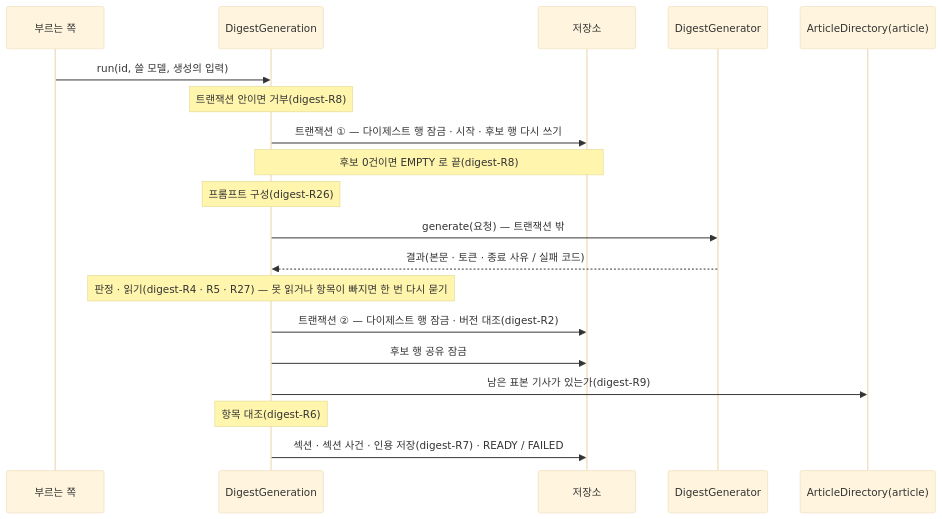
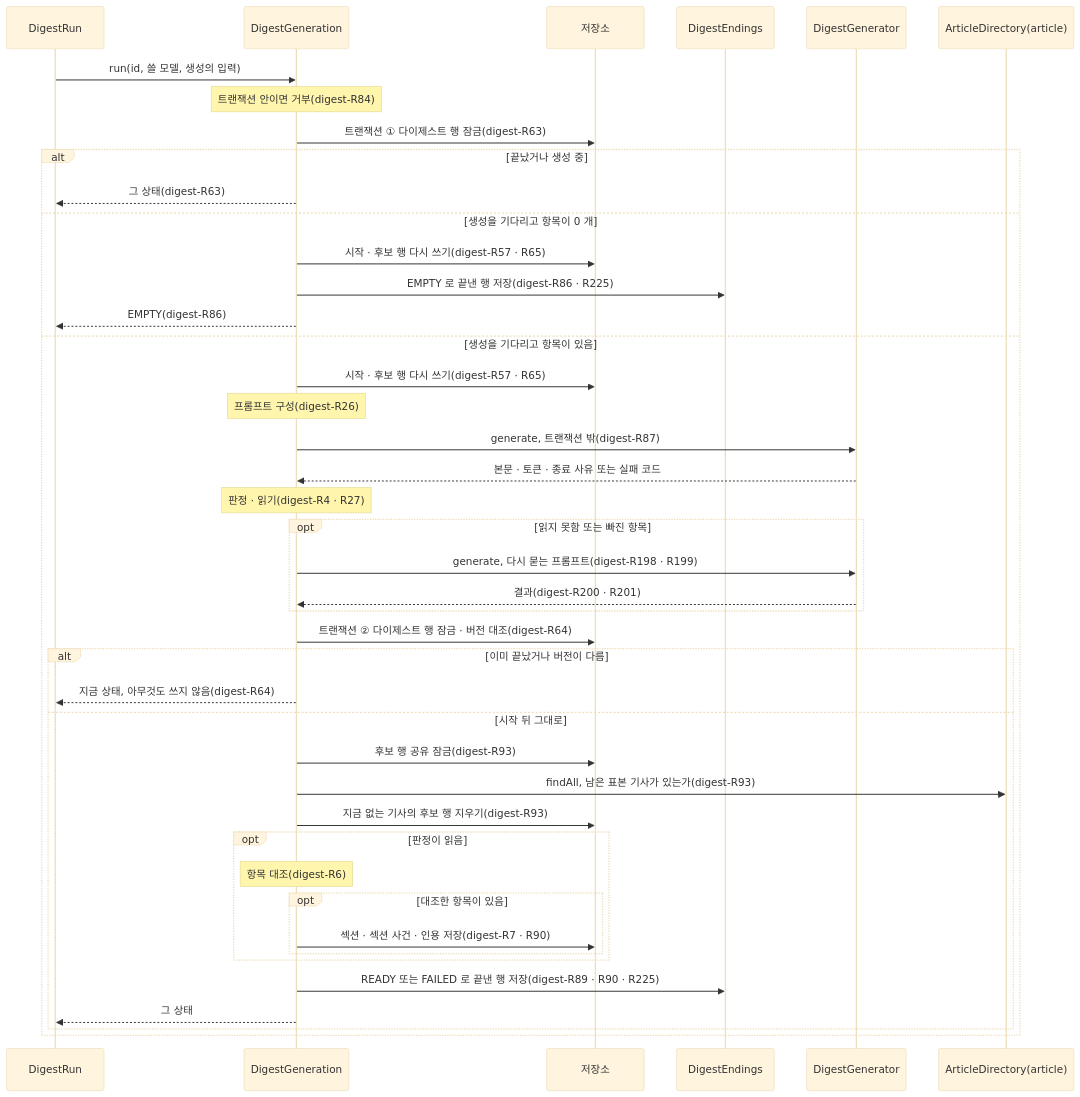
One commit to Theia0382/yozm-news changed the first of 8 diagrams in docs/specs/digest.md. Above: the diagram before and after it, drawn with Mermaid (base theme). The commit also changed other lines of this file and 3 other files, not shown here.

````diff
--- a/docs/specs/digest.md
+++ b/docs/specs/digest.md
@@ -331,21 +392,45 @@
 ```mermaid
 sequenceDiagram
-    participant U as 부르는 쪽
+    participant R as DigestRun
     participant G as DigestGeneration
     participant DB as 저장소
+    participant E as DigestEndings
     participant X as DigestGenerator
     participant A as ArticleDirectory(article)
-    U->>G: run(id, 쓸 모델, 생성의 입력)
-    Note over G: 트랜잭션 안이면 거부(digest-R8)
-    G->>DB: 트랜잭션 ① — 다이제스트 행 잠금 · 시작 · 후보 행 다시 쓰기
-    Note over G,DB: 후보 0건이면 EMPTY 로 끝(digest-R8)
-    Note over G: 프롬프트 구성(digest-R26)
-    G->>X: generate(요청) — 트랜잭션 밖
-    X-->>G: 결과(본문 · 토큰 · 종료 사유 / 실패 코드)
-    Note over G: 판정 · 읽기(digest-R4 · R5 · R27) — 못 읽거나 항목이 빠지면 한 번 다시 묻기
-    G->>DB: 트랜잭션 ② — 다이제스트 행 잠금 · 버전 대조(digest-R2)
-    G->>DB: 후보 행 공유 잠금
-    G->>A: 남은 표본 기사가 있는가(digest-R9)
-    Note over G: 항목 대조(digest-R6)
-    G->>DB: 섹션 · 섹션 사건 · 인용 저장(digest-R7) · READY / FAILED
+    R->>G: run(id, 쓸 모델, 생성의 입력)
+    Note over G: 트랜잭션 안이면 거부(digest-R84)
+    G->>DB: 트랜잭션 ① 다이제스트 행 잠금(digest-R63)
+    alt 끝났거나 생성 중
+        G-->>R: 그 상태(digest-R63)
+    else 생성을 기다리고 항목이 0 개
+        G->>DB: 시작 · 후보 행 다시 쓰기(digest-R57 · R65)
+        G->>E: EMPTY 로 끝낸 행 저장(digest-R86 · R225)
+        G-->>R: EMPTY(digest-R86)
+    else 생성을 기다리고 항목이 있음
+        G->>DB: 시작 · 후보 행 다시 쓰기(digest-R57 · R65)
+        Note over G: 프롬프트 구성(digest-R26)
+        G->>X: generate, 트랜잭션 밖(digest-R87)
+        X-->>G: 본문 · 토큰 · 종료 사유 또는 실패 코드
+        Note over G: 판정 · 읽기(digest-R4 · R27)
+        opt 읽지 못함 또는 빠진 항목
+            G->>X: generate, 다시 묻는 프롬프트(digest-R198 · R199)
+            X-->>G: 결과(digest-R200 · R201)
+        end
+        G->>DB: 트랜잭션 ② 다이제스트 행 잠금 · 버전 대조(digest-R64)
+        alt 이미 끝났거나 버전이 다름
+            G-->>R: 지금 상태, 아무것도 쓰지 않음(digest-R64)
+        else 시작 뒤 그대로
+            G->>DB: 후보 행 공유 잠금(digest-R93)
+            G->>A: findAll, 남은 표본 기사가 있는가(digest-R93)
+            G->>DB: 지금 없는 기사의 후보 행 지우기(digest-R93)
+            opt 판정이 읽음
+                Note over G: 항목 대조(digest-R6)
+                opt 대조한 항목이 있음
+                    G->>DB: 섹션 · 섹션 사건 · 인용 저장(digest-R7 · R90)
+                end
+            end
+            G->>E: READY 또는 FAILED 로 끝낸 행 저장(digest-R89 · R90 · R225)
+            G-->>R: 그 상태
+        end
+    end
 ```
````
